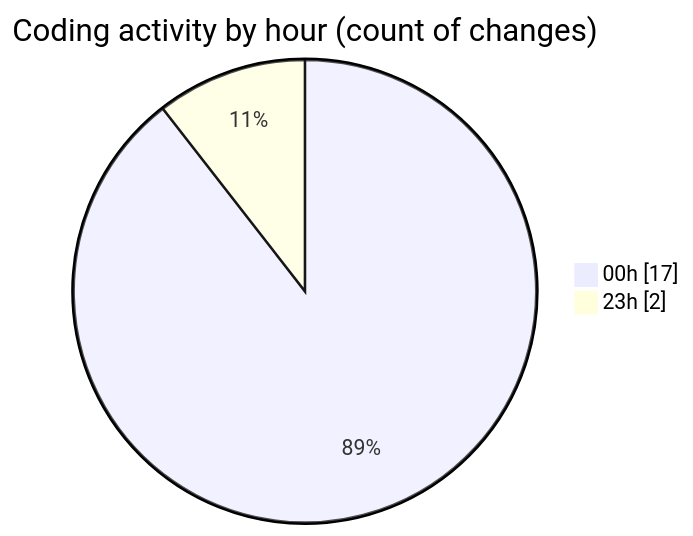
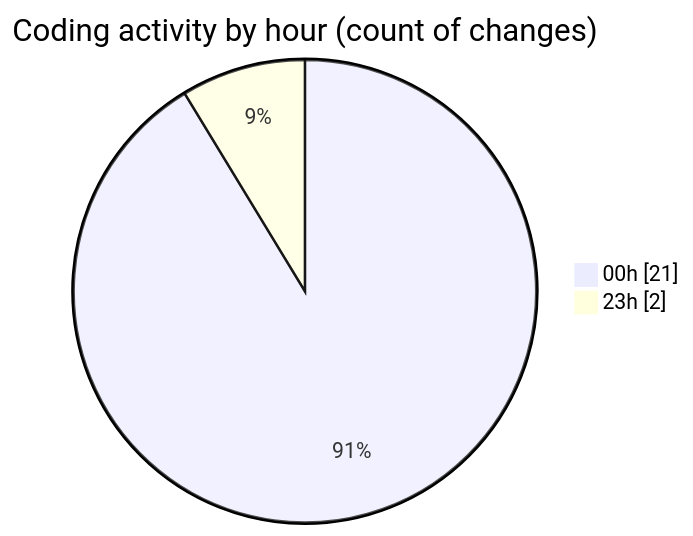
Before and after one commit to lephambinh05/code-tracking: the second of 2 diagrams in 2025-08-19/rentotp/README.md, drawn with Mermaid. The commit also changed other lines of this file and 1 other file, not shown here.

````diff
--- a/2025-08-19/rentotp/README.md
+++ b/2025-08-19/rentotp/README.md
@@ -33,6 +36,6 @@
 ```mermaid
 pie showData
 title Coding activity by hour (count of changes)
-"00h" : 17
+"00h" : 21
 "23h" : 2
 ```
````
